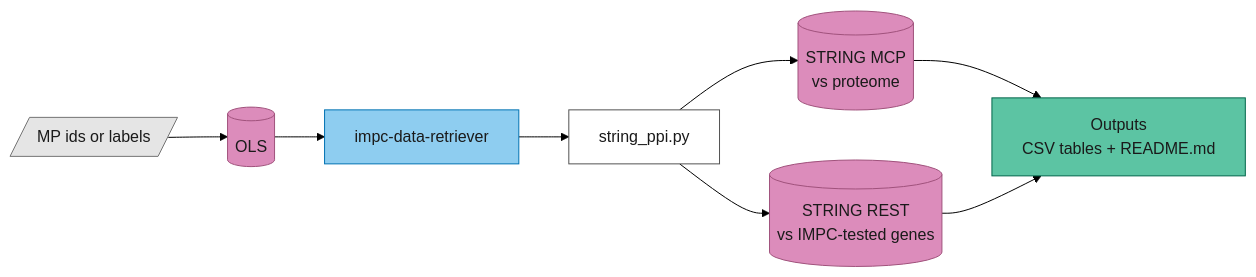
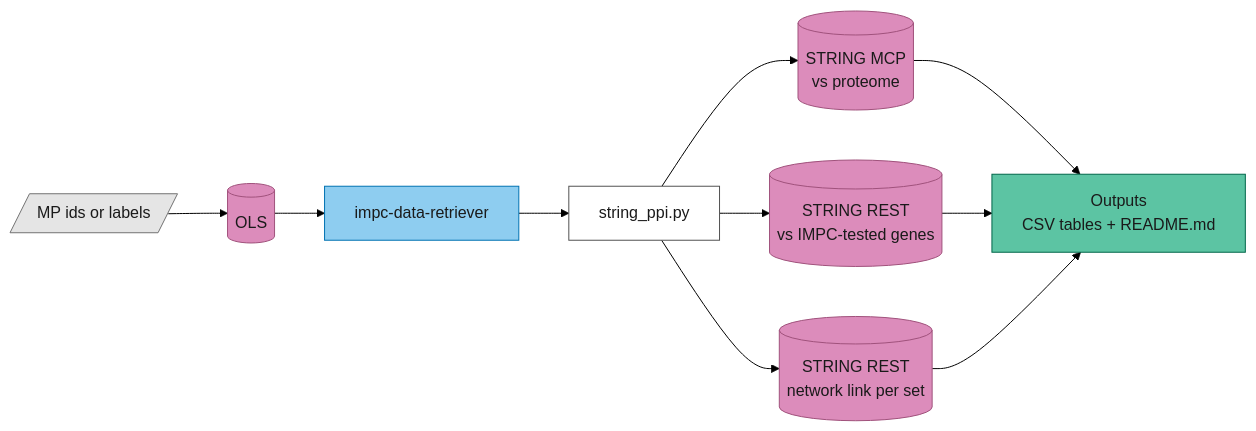
The second of 4 diagrams in skills-architecture.md (mpi2/impc-api-skills), drawn with Mermaid (forest theme) before and after one commit. The commit also changed 4 other files, not shown here.

````diff
--- a/skills-architecture.md
+++ b/skills-architecture.md
@@ -65,26 +65,28 @@
 ```mermaid
 flowchart LR
     Q[/"MP ids or labels"/]
     OLS[("OLS")]
     IDR[impc-data-retriever]
     STR["string_ppi.py"]
     MCP[("STRING MCP<br/>vs proteome")]
     REST[("STRING REST<br/>vs IMPC-tested genes")]
+    LINK[("STRING REST<br/>network link per set")]
     OUT["Outputs<br/>CSV tables + README.md"]
 
     Q --> OLS --> IDR --> STR
     STR --> MCP --> OUT
     STR --> REST --> OUT
+    STR --> LINK --> OUT
 
     %% shared palette (same in all diagrams), Okabe-Ito based, checked for protan/deutan/tritan
     classDef source fill:#dc8cbb,stroke:#a0527c,color:#1a1a1a
     classDef skill fill:#8ecdf0,stroke:#0072b2,color:#1a1a1a
     classDef step fill:#ffffff,stroke:#525252,color:#1a1a1a
     classDef output fill:#5cc4a3,stroke:#00664a,color:#1a1a1a
     classDef input fill:#e5e5e5,stroke:#737373,color:#1a1a1a
     class Q input
-    class OLS,MCP,REST source
+    class OLS,MCP,REST,LINK source
     class IDR skill
     class STR step
     class OUT output
 ```
````
